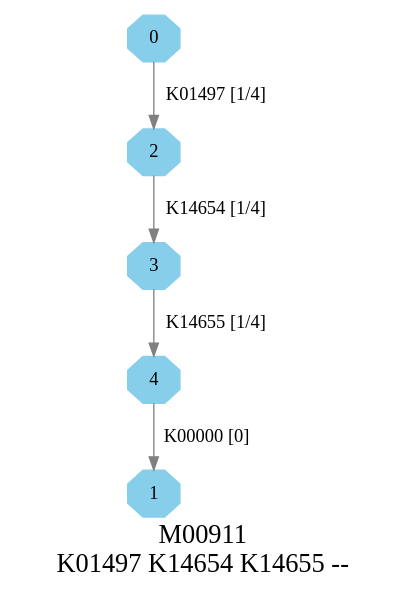
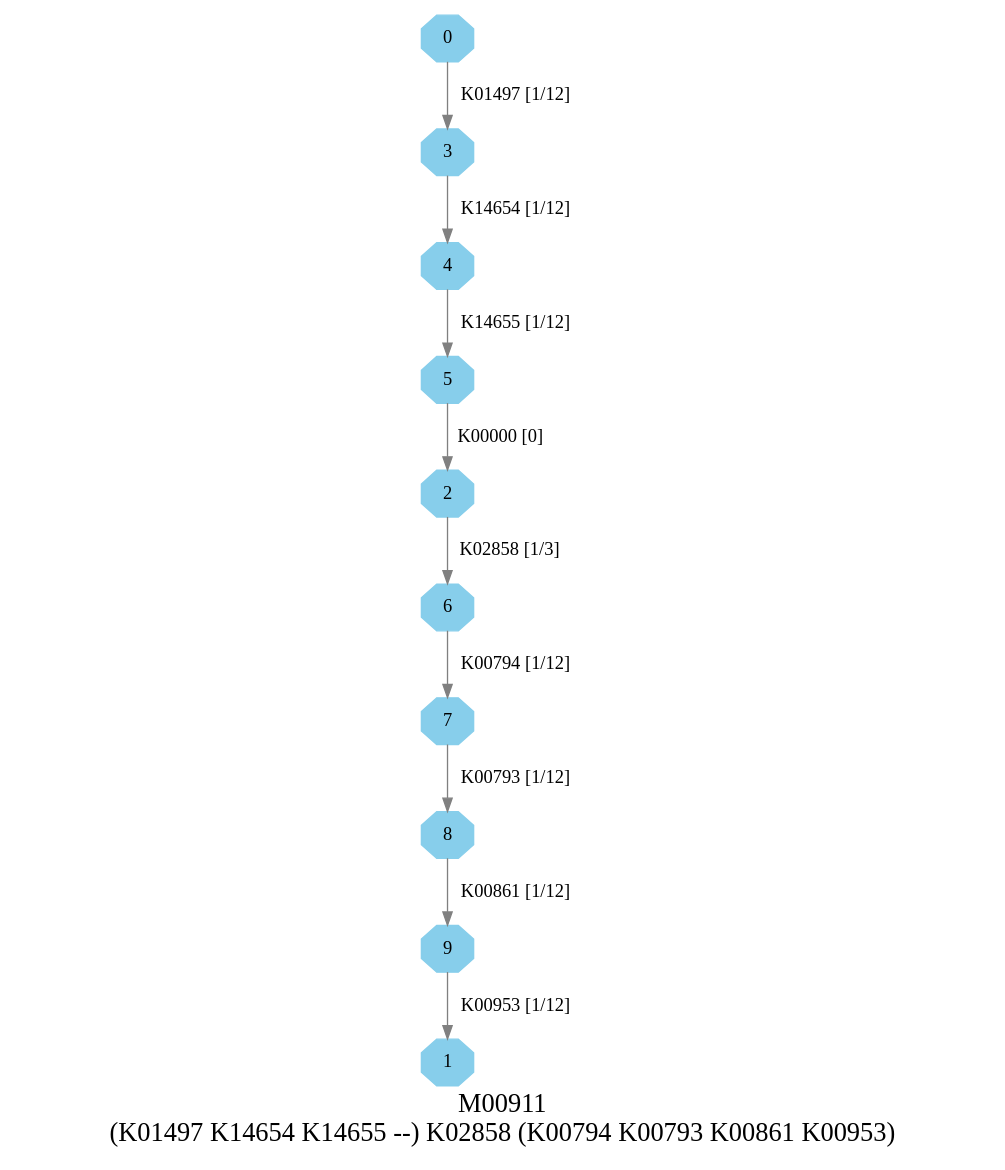
One commit to EBI-Metagenomics/kegg-pathways-completeness-tool changed the diagram in kegg_pathways_completeness/graphs/dots/M00911.dot. Above: the diagram before and after it, drawn with Graphviz. The commit also changed 587 other files, not shown here.

```diff
--- a/kegg_pathways_completeness/graphs/dots/M00911.dot
+++ b/kegg_pathways_completeness/graphs/dots/M00911.dot
@@ -1,11 +1,16 @@
 digraph G {
 graph [label="M00911
-K01497 K14654 K14655 --",fontsize=20];
+(K01497 K14654 K14655 --) K02858 (K00794 K00793 K00861 K00953)",fontsize=20];
 node [shape=box,style=filled];
 edge [len=3,color=grey];
-{node [width=.3,height=.3,shape=octagon,style=filled,color=skyblue] 0 1 2 3 4 }
-0 -> 2 [label="K01497 [1/4]"];
-2 -> 3 [label="K14654 [1/4]"];
-3 -> 4 [label="K14655 [1/4]"];
-4 -> 1 [label="K00000 [0]"];
+{node [width=.3,height=.3,shape=octagon,style=filled,color=skyblue] 0 1 2 3 4 5 6 7 8 9 }
+0 -> 3 [label="K01497 [1/12]"];
+2 -> 6 [label="K02858 [1/3]"];
+3 -> 4 [label="K14654 [1/12]"];
+4 -> 5 [label="K14655 [1/12]"];
+5 -> 2 [label="K00000 [0]"];
+6 -> 7 [label="K00794 [1/12]"];
+7 -> 8 [label="K00793 [1/12]"];
+8 -> 9 [label="K00861 [1/12]"];
+9 -> 1 [label="K00953 [1/12]"];
 }
```
